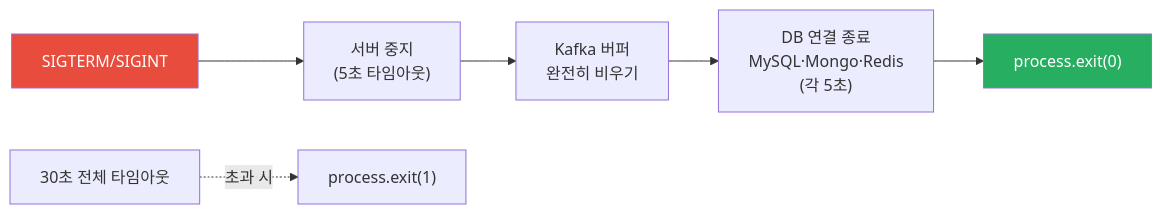
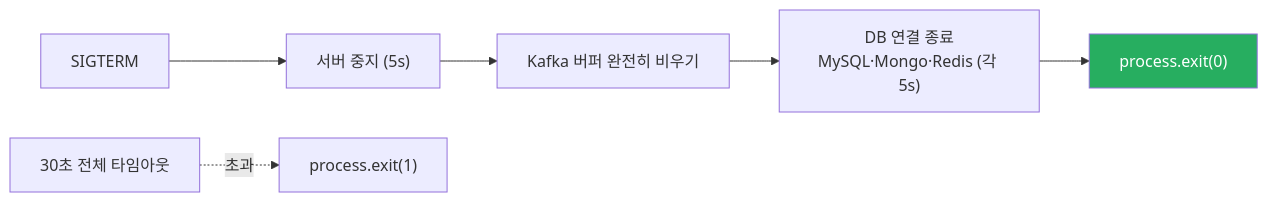
One commit to 1985jwlee/production-iot-backend changed the ninth of 9 diagrams in README.md. Above: the diagram before and after it, drawn with Mermaid. The commit also changed other lines of this file, not shown here.

````diff
--- a/README.md
+++ b/README.md
@@ -421,12 +296,9 @@
 ```mermaid
 flowchart LR
-    SIGNAL["SIGTERM/SIGINT"] --> STOP["서버 중지\n(5초 타임아웃)"]
-    STOP --> KAFKA_FLUSH["Kafka 버퍼\n완전히 비우기"]
-    KAFKA_FLUSH --> DB["DB 연결 종료\nMySQL·Mongo·Redis\n(각 5초)"]
+    SIG["SIGTERM"] --> STOP["서버 중지 (5s)"]
+    STOP --> FLUSH["Kafka 버퍼 완전히 비우기"]
+    FLUSH --> DB["DB 연결 종료\nMySQL·Mongo·Redis (각 5s)"]
     DB --> EXIT["process.exit(0)"]
-    
-    TIMEOUT["30초 전체 타임아웃"] -.->|"초과 시"| FORCE["process.exit(1)"]
-
-    style SIGNAL fill:#e74c3c,color:#fff
+    TO["30초 전체 타임아웃"] -.->|"초과"| KILL["process.exit(1)"]
     style EXIT fill:#27ae60,color:#fff
 ```
````
